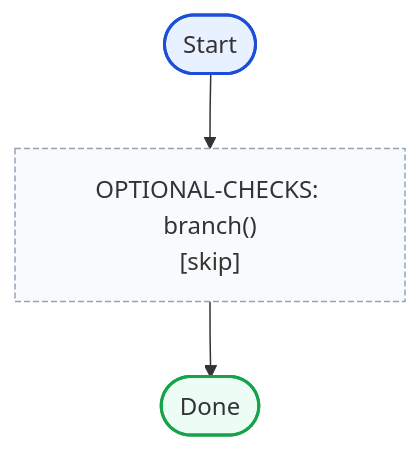
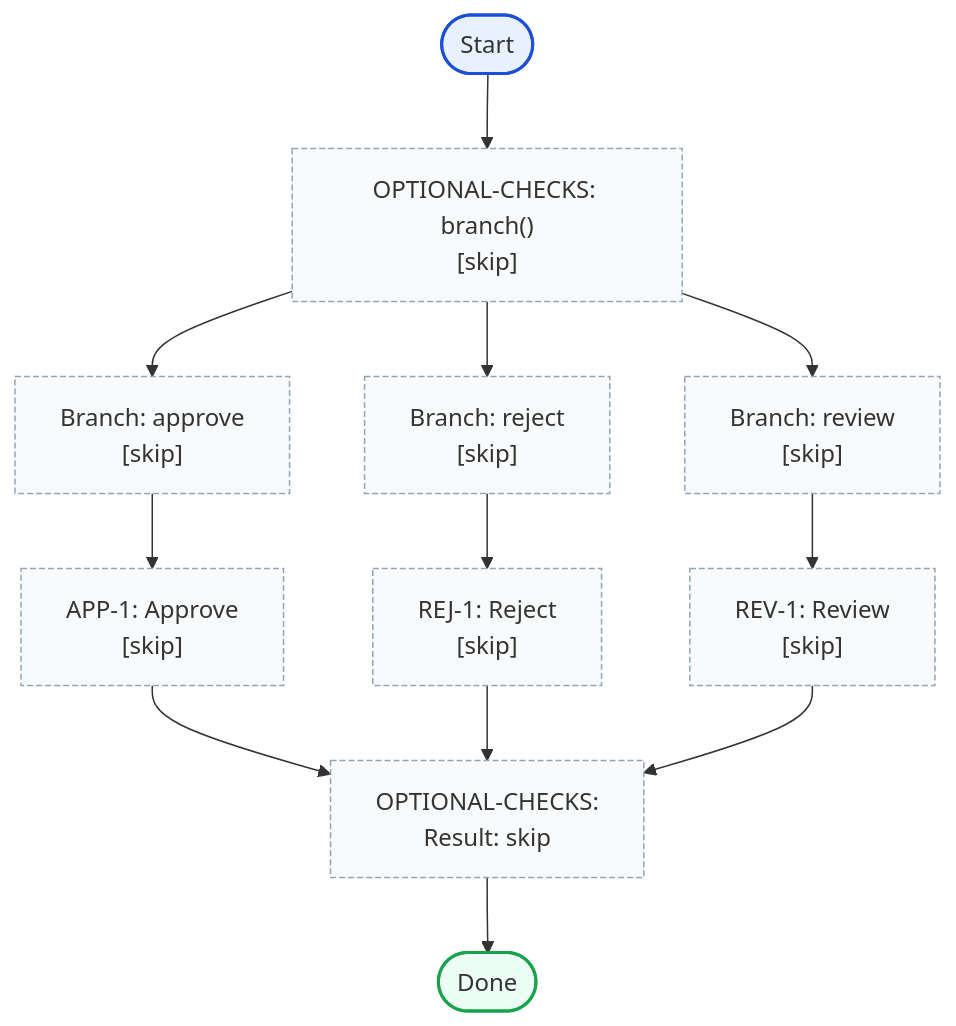
One commit to mikko-apo/structured-flow changed the eighth of 8 diagrams in README.md. Above: the diagram before and after it, drawn with Mermaid. The commit also changed other lines of this file and 5 other files, not shown here.

Commit message:
branch() stores unselected branches in the result

````diff
--- a/README.md
+++ b/README.md
@@ -1000,17 +1170,47 @@
 ```mermaid
 flowchart TD
   start([Start])
   step_0["OPTIONAL-CHECKS: branch()
 [skip]"]
-  step_0 --> done
+  branch_0_result["OPTIONAL-CHECKS:
+Result: skip"]
+  class branch_0_result neutral
+  branch_0_0_start["Branch: approve
+[skip]"]
+  step_0 --> branch_0_0_start
+  branch_0_0_step_0["APP-1: Approve
+[skip]"]
+  branch_0_0_start --> branch_0_0_step_0
+  branch_0_0_step_0 --> branch_0_result
+  class branch_0_0_step_0 neutral
+  class branch_0_0_start neutral
+  branch_0_1_start["Branch: reject
+[skip]"]
+  step_0 --> branch_0_1_start
+  branch_0_1_step_0["REJ-1: Reject
+[skip]"]
+  branch_0_1_start --> branch_0_1_step_0
+  branch_0_1_step_0 --> branch_0_result
+  class branch_0_1_step_0 neutral
+  class branch_0_1_start neutral
+  branch_0_2_start["Branch: review
+[skip]"]
+  step_0 --> branch_0_2_start
+  branch_0_2_step_0["REV-1: Review
+[skip]"]
+  branch_0_2_start --> branch_0_2_step_0
+  branch_0_2_step_0 --> branch_0_result
+  class branch_0_2_step_0 neutral
+  class branch_0_2_start neutral
+  branch_0_result --> done
   done([Done])
   start --> step_0
   classDef executed fill:#e8f1ff,stroke:#1d4ed8,stroke-width:2px
   classDef success fill:#ecfdf5,stroke:#16a34a,stroke-width:2px
   classDef complete fill:#f0fdf4,stroke:#15803d,stroke-width:2px
   classDef failure fill:#fef2f2,stroke:#dc2626,stroke-width:2px
   classDef neutral fill:#f8fafc,stroke:#94a3b8,stroke-dasharray: 4 2
   class step_0 neutral
   class start executed
   class done success
 ```
````
